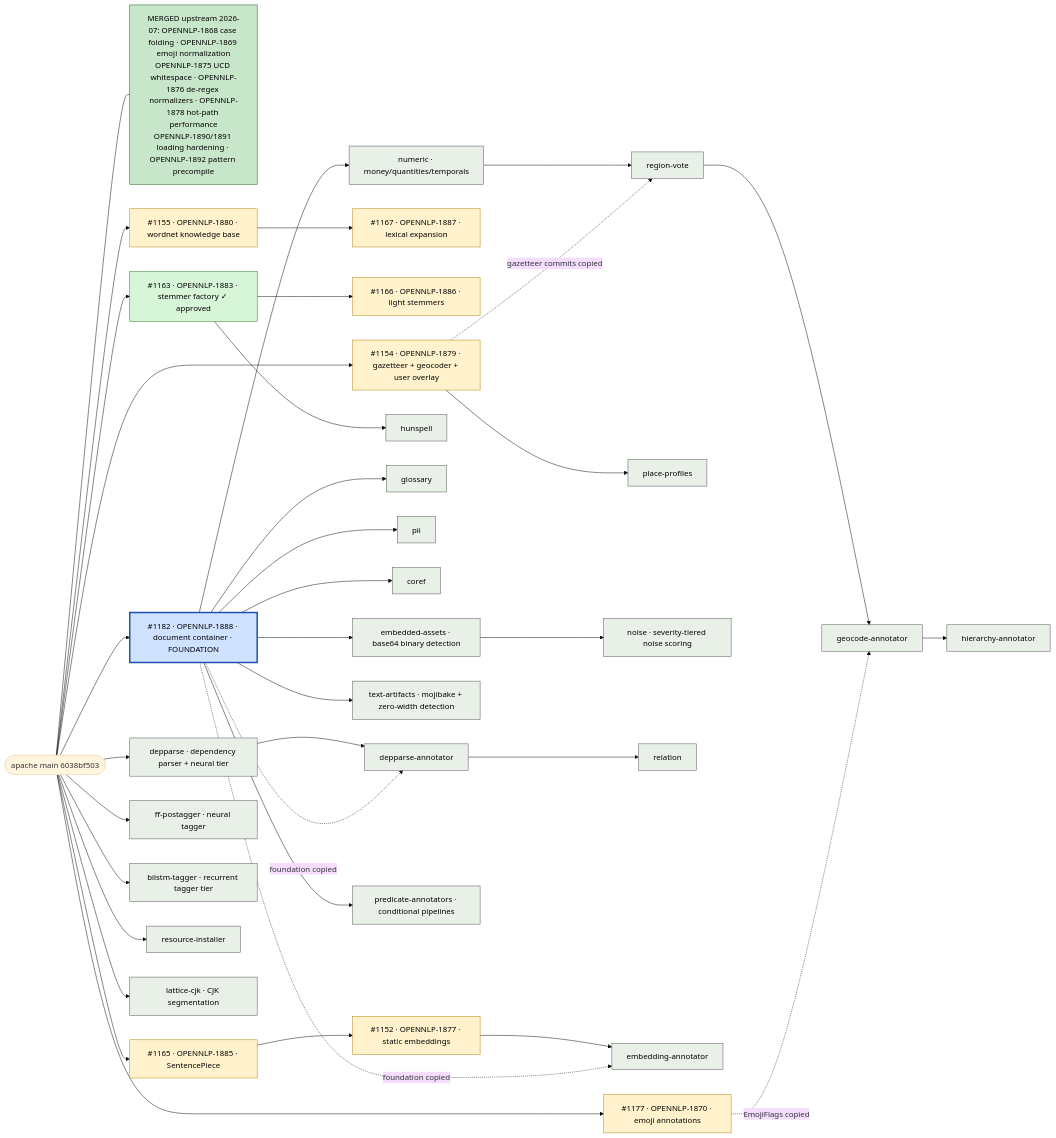
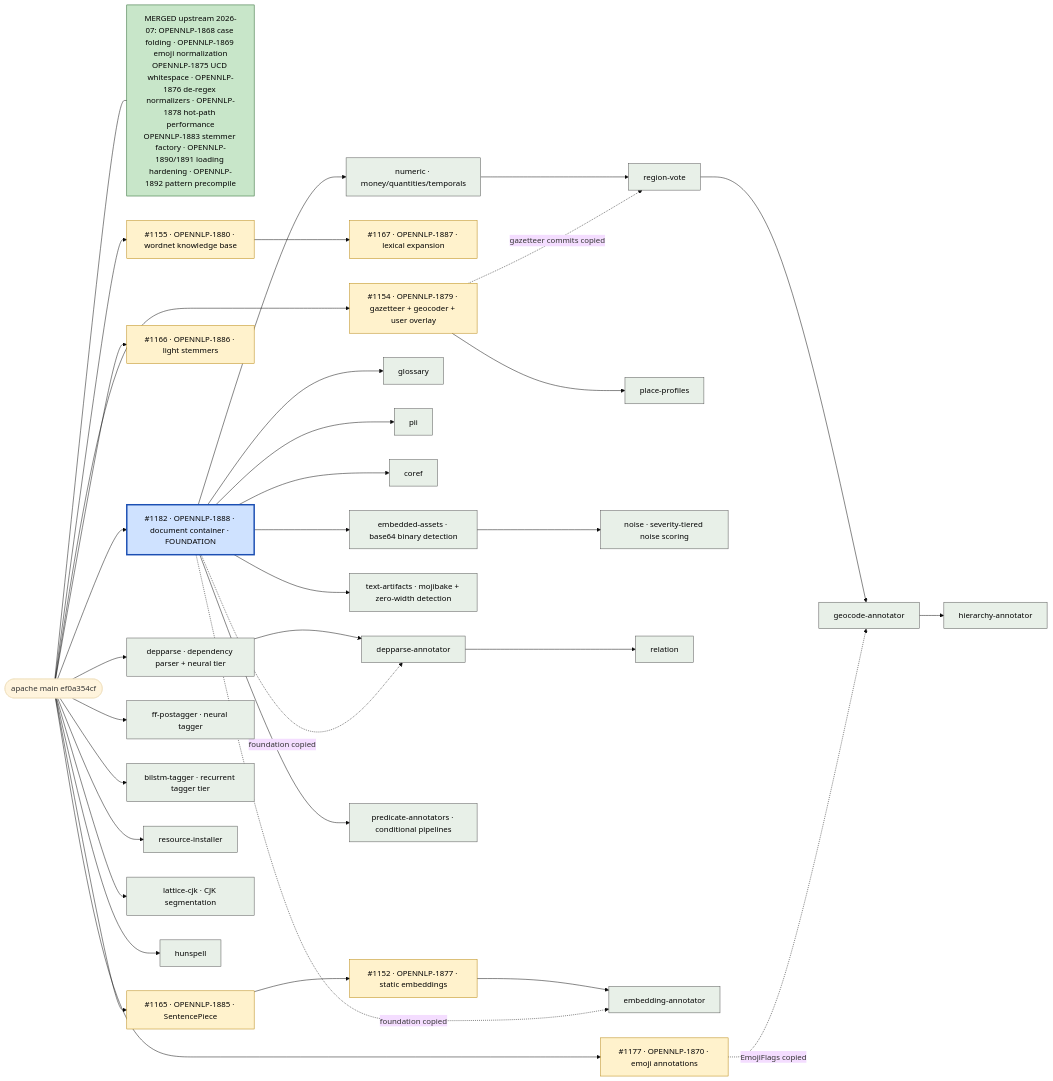
One commit to ai-pipestream/opennlp changed the diagram in RESEARCH_BRANCHES.md. Above: the diagram before and after it, drawn with Mermaid (base theme). The commit also changed other lines of this file, not shown here.

First line of the commit message:
RESEARCH_BRANCHES.md: retire merged OPENNLP-1883/#1163 from the map; cite per-branch pinning tests

````diff
--- a/RESEARCH_BRANCHES.md
+++ b/RESEARCH_BRANCHES.md
@@ -9,64 +9,61 @@
 ```mermaid
 flowchart LR
-  main([apache main 6038bf503])
+  main([apache main ef0a354cf])
 
-  merged["MERGED upstream 2026-07: OPENNLP-1868 case folding · OPENNLP-1869 emoji normalization<br/>OPENNLP-1875 UCD whitespace · OPENNLP-1876 de-regex normalizers · OPENNLP-1878 hot-path performance<br/>OPENNLP-1890/1891 loading hardening · OPENNLP-1892 pattern precompile"]
+  merged["MERGED upstream 2026-07: OPENNLP-1868 case folding · OPENNLP-1869 emoji normalization<br/>OPENNLP-1875 UCD whitespace · OPENNLP-1876 de-regex normalizers · OPENNLP-1878 hot-path performance<br/>OPENNLP-1883 stemmer factory · OPENNLP-1890/1891 loading hardening · OPENNLP-1892 pattern precompile"]
   main --- merged
 
   %% ---- open pull requests against apache/opennlp ----
   main --> p1177["#1177 · OPENNLP-1870 · emoji annotations"]
   main --> p1182["#1182 · OPENNLP-1888 · document container · FOUNDATION"]
   main --> d1154["#1154 · OPENNLP-1879 · gazetteer + geocoder + user overlay"]
   main --> d1155["#1155 · OPENNLP-1880 · wordnet knowledge base"]
   d1155 --> d1167["#1167 · OPENNLP-1887 · lexical expansion"]
-  main --> d1163["#1163 · OPENNLP-1883 · stemmer factory ✓ approved"]
-  d1163 --> d1166["#1166 · OPENNLP-1886 · light stemmers"]
+  main --> d1166["#1166 · OPENNLP-1886 · light stemmers"]
   main --> d1165["#1165 · OPENNLP-1885 · SentencePiece"]
   d1165 --> d1152["#1152 · OPENNLP-1877 · static embeddings"]
 
   %% ---- staged engines (this fork only) ----
   main --> depp["depparse · dependency parser + neural tier"]
   main --> fftag["ff-postagger · neural tagger"]
   main --> bilstm["bilstm-tagger · recurrent tagger tier"]
   main --> inst["resource-installer"]
   main --> cjk["lattice-cjk · CJK segmentation"]
-  d1163 --> huns["hunspell"]
+  main --> huns["hunspell"]
   d1154 --> prof["place-profiles"]
 
   %% ---- staged annotators over the document container ----
   p1182 --> glos["glossary"]
   p1182 --> pii["pii"]
   p1182 --> coref["coref"]
   p1182 --> num["numeric · money/quantities/temporals"]
 
   %% ---- text-hygiene pack over the document container ----
   p1182 --> tart["text-artifacts · mojibake + zero-width detection"]
   p1182 --> asset["embedded-assets · base64 binary detection"]
   asset --> noiz["noise · severity-tiered noise scoring"]
   p1182 --> pred["predicate-annotators · conditional pipelines"]
 
   depp --> deppa["depparse-annotator"]
   p1182 -. foundation copied .-> deppa
   deppa --> rel["relation"]
 
   d1152 --> emb["embedding-annotator"]
   p1182 -. foundation copied .-> emb
 
   num --> rvote["region-vote"]
   d1154 -. gazetteer commits copied .-> rvote
   rvote --> geo["geocode-annotator"]
   p1177 -. EmojiFlags copied .-> geo
   geo --> hier["hierarchy-annotator"]
 
   classDef mergedC fill:#c8e6c9,stroke:#1b5e20,color:#000;
-  classDef approved fill:#d7f5d7,stroke:#2e7d32,color:#000;
   classDef draft fill:#fff2cc,stroke:#b8860b,color:#000;
   classDef foundation fill:#cfe2ff,stroke:#1c4fb3,color:#000,stroke-width:3px;
   classDef cut fill:#e8f0e8,stroke:#555,color:#000;
 
   class merged mergedC;
-  class d1163 approved;
   class p1177,d1152,d1154,d1155,d1165,d1166,d1167 draft;
   class p1182 foundation;
   class depp,fftag,bilstm,inst,cjk,huns,prof,glos,pii,coref,num,tart,asset,noiz,pred,deppa,rel,geo,hier,rvote,emb cut;
 ```
````
